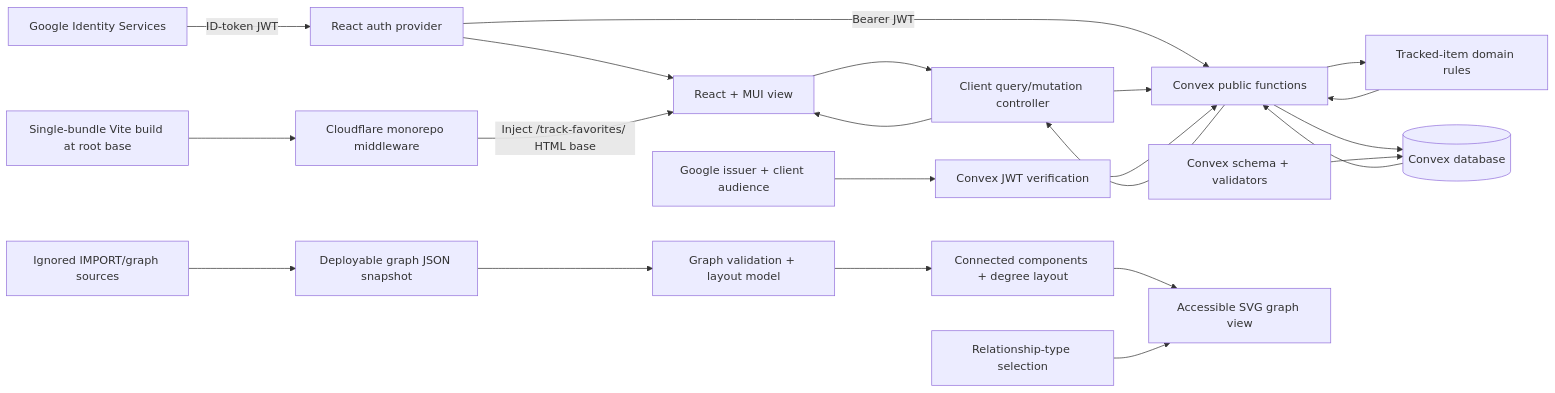
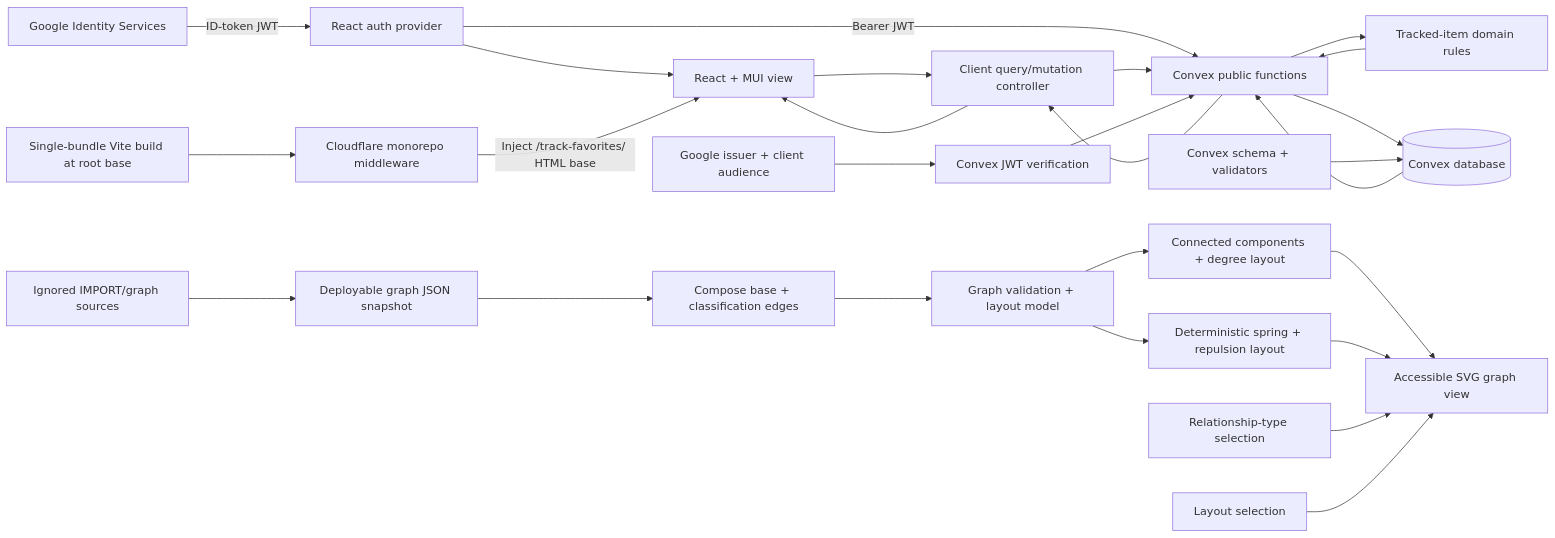
The first of 3 diagrams in architecture.md (johnpfeiffer/myrss), drawn with Mermaid before and after one commit. The commit also changed other lines of this file and 9 other files, not shown here.

Commit message:
add is_a_person edges and a force-directed visualization (button)

````diff
--- a/architecture.md
+++ b/architecture.md
@@ -11,22 +11,26 @@
 ```mermaid
 flowchart LR
     Google["Google Identity Services"] -->|"ID-token JWT"| AuthClient["React auth provider"]
     AuthClient --> View["React + MUI view"]
     AuthClient -->|"Bearer JWT"| API
     View --> Controller["Client query/mutation controller"]
     Controller --> API["Convex public functions"]
     AuthConfig["Google issuer + client audience"] --> Verify["Convex JWT verification"]
     Verify --> API
     API --> Domain["Tracked-item domain rules"]
     API --> DB[("Convex database")]
     Schema["Convex schema + validators"] --> DB
     Domain --> API
     DB --> API --> Controller --> View
     Import["Ignored IMPORT/graph sources"] --> Snapshot["Deployable graph JSON snapshot"]
-    Snapshot --> GraphDomain["Graph validation + layout model"]
-    GraphDomain --> Layout["Connected components + degree layout"]
-    Layout --> GraphView["Accessible SVG graph view"]
+    Snapshot --> Compose["Compose base + classification edges"]
+    Compose --> GraphDomain["Graph validation + layout model"]
+    GraphDomain --> Clustered["Connected components + degree layout"]
+    GraphDomain --> Force["Deterministic spring + repulsion layout"]
+    Clustered --> GraphView["Accessible SVG graph view"]
+    Force --> GraphView
     Filters["Relationship-type selection"] --> GraphView
+    Mode["Layout selection"] --> GraphView
     Build["Single-bundle Vite build at root base"] --> Middleware["Cloudflare monorepo middleware"]
     Middleware -->|"Inject /track-favorites/ HTML base"| View
 ```
````
